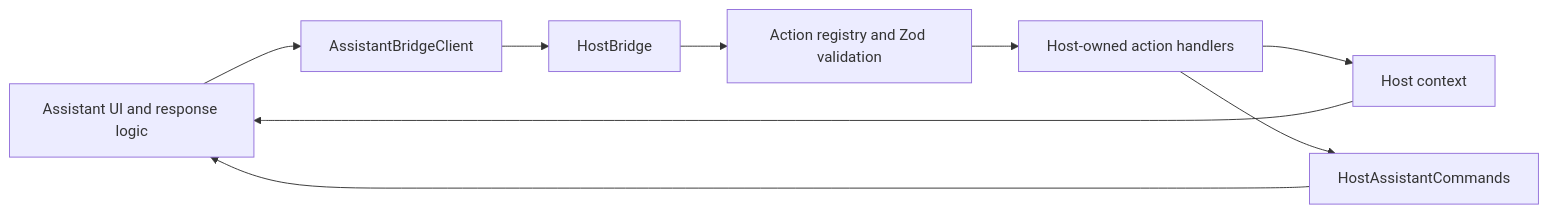
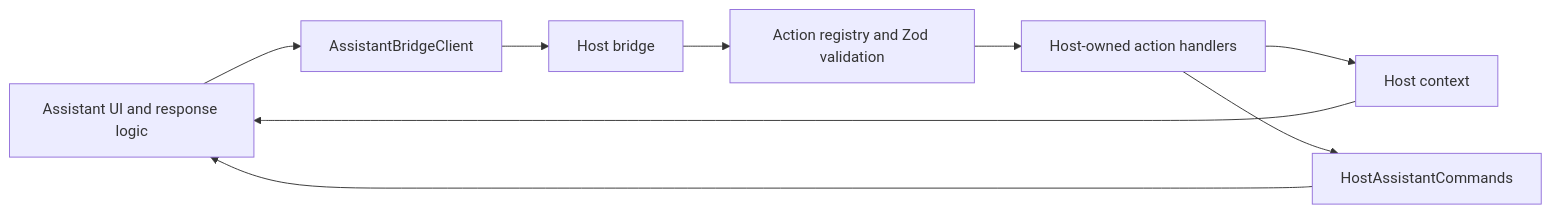
The diagram in README.md (daino92/assistant-bridge), drawn with Mermaid before and after one commit. The commit also changed 23 other files, not shown here.

````diff
--- a/README.md
+++ b/README.md
@@ -80,11 +80,11 @@
 ```mermaid
 flowchart LR
     Assistant[Assistant UI and response logic] --> Client[AssistantBridgeClient]
-    Client --> Bridge[HostBridge]
+    Client --> Bridge[Host bridge]
     Bridge --> Registry[Action registry and Zod validation]
     Registry --> Host[Host-owned action handlers]
     Host --> Context[Host context]
     Context --> Assistant
     Host --> Commands[HostAssistantCommands]
     Commands --> Assistant
 ```
````
